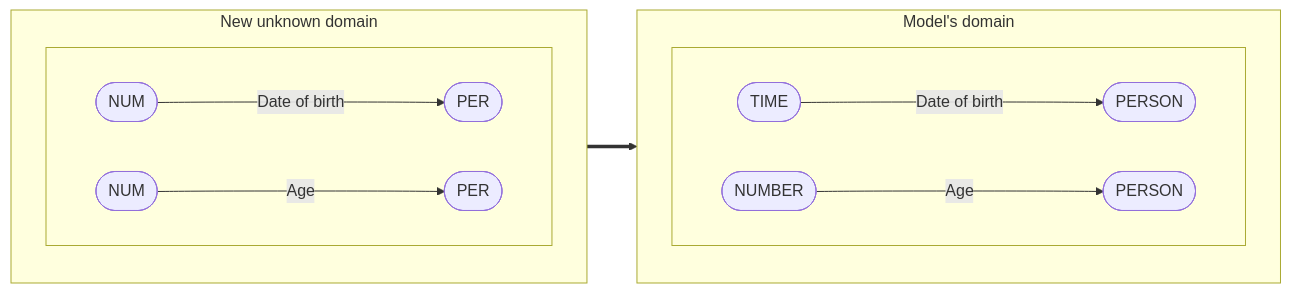
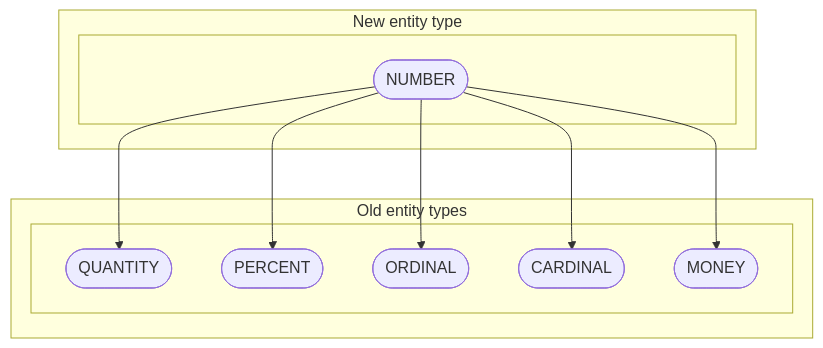
The first of 3 diagrams in README.md (phos-phophy/creed), drawn with Mermaid before and after one commit. The commit also changed other lines of this file, not shown here.

````diff
--- a/README.md
+++ b/README.md
@@ -30,20 +34,19 @@
 ```mermaid
-flowchart LR
-    subgraph a["New unknown domain"]
-        direction TB
+flowchart TB
+    subgraph a["New entity type"]
         subgraph b[" "]
-            direction LR
-            NUM1(["NUM"])-- Date of birth --->PER1(["PER"])
-            NUM2(["NUM"])-- Age --->PER2(["PER"])
+
+            num([NUMBER])
         end
     end
-    subgraph c["Model's domain"]
-        direction TB
+    subgraph c["Old entity types"]
         subgraph d[" "]
-            direction LR
-            time([TIME])-- Date of birth --->person1(["PERSON"])
-            number([NUMBER])-- Age --->person2(["PERSON"])
+
+            num(["NUMBER"]) --> quantity(["QUANTITY"])
+            num(["NUMBER"]) --> percent(["PERCENT"])
+            num(["NUMBER"]) --> ordinal(["ORDINAL"])
+            num(["NUMBER"]) --> cardinal(["CARDINAL"])
+            num(["NUMBER"]) --> money(["MONEY"])
         end
     end
-    a ==> c 
 ```
````
